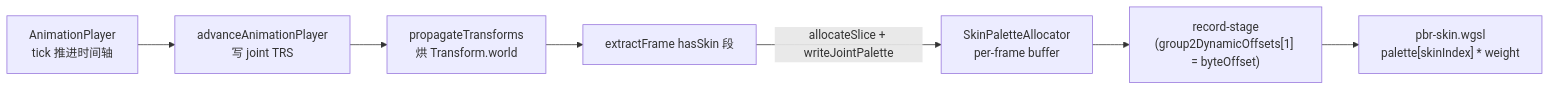
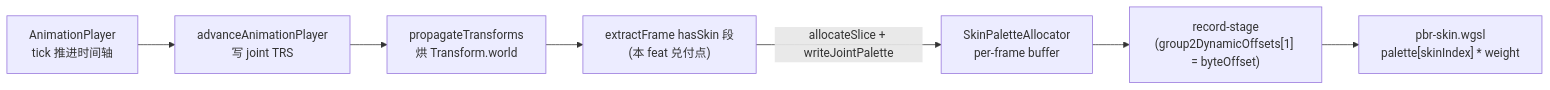
Before and after one commit to ForgeaX-Games/forgeax-editor: the second of 2 diagrams in packages/engine/packages/runtime/README.md, drawn with Mermaid. The commit also changed other lines of this file and 183 other files, not shown here.

````diff
--- a/packages/engine/packages/runtime/README.md
+++ b/packages/engine/packages/runtime/README.md
@@ -1092,9 +1092,9 @@
 ```mermaid
 flowchart LR
     AP["AnimationPlayer<br/>tick 推进时间轴"] --> APAS["advanceAnimationPlayer<br/>写 joint TRS"]
     APAS --> PT["propagateTransforms<br/>烘 Transform.world"]
-    PT --> EX["extractFrame hasSkin 段"]
+    PT --> EX["extractFrame hasSkin 段<br/>(本 feat 兑付点)"]
     EX -->|"allocateSlice + writeJointPalette"| ALLOC["SkinPaletteAllocator<br/>per-frame buffer"]
     ALLOC --> REC["record-stage<br/>(group2DynamicOffsets[1] = byteOffset)"]
     REC --> WGSL["pbr-skin.wgsl<br/>palette[skinIndex] * weight"]
 ```
````
